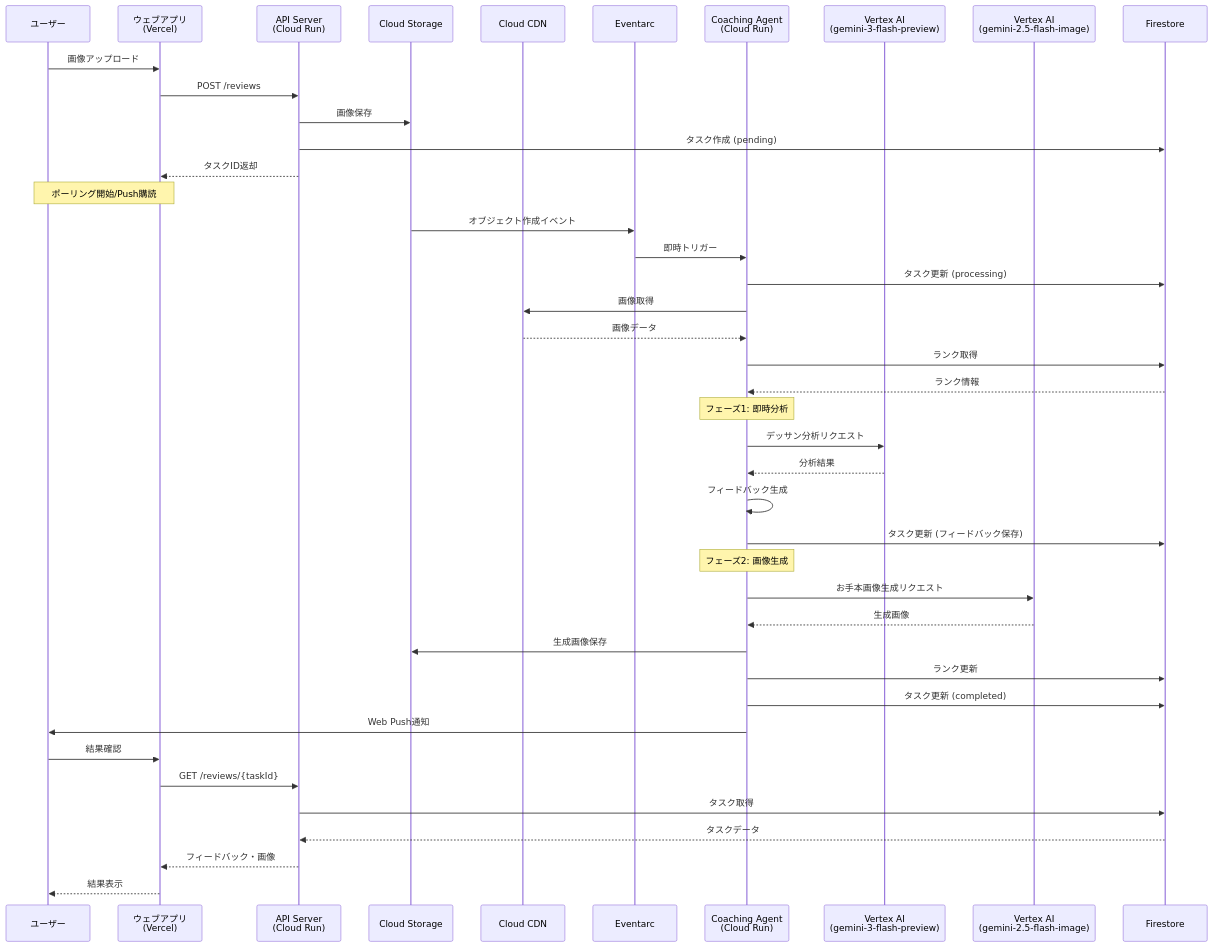
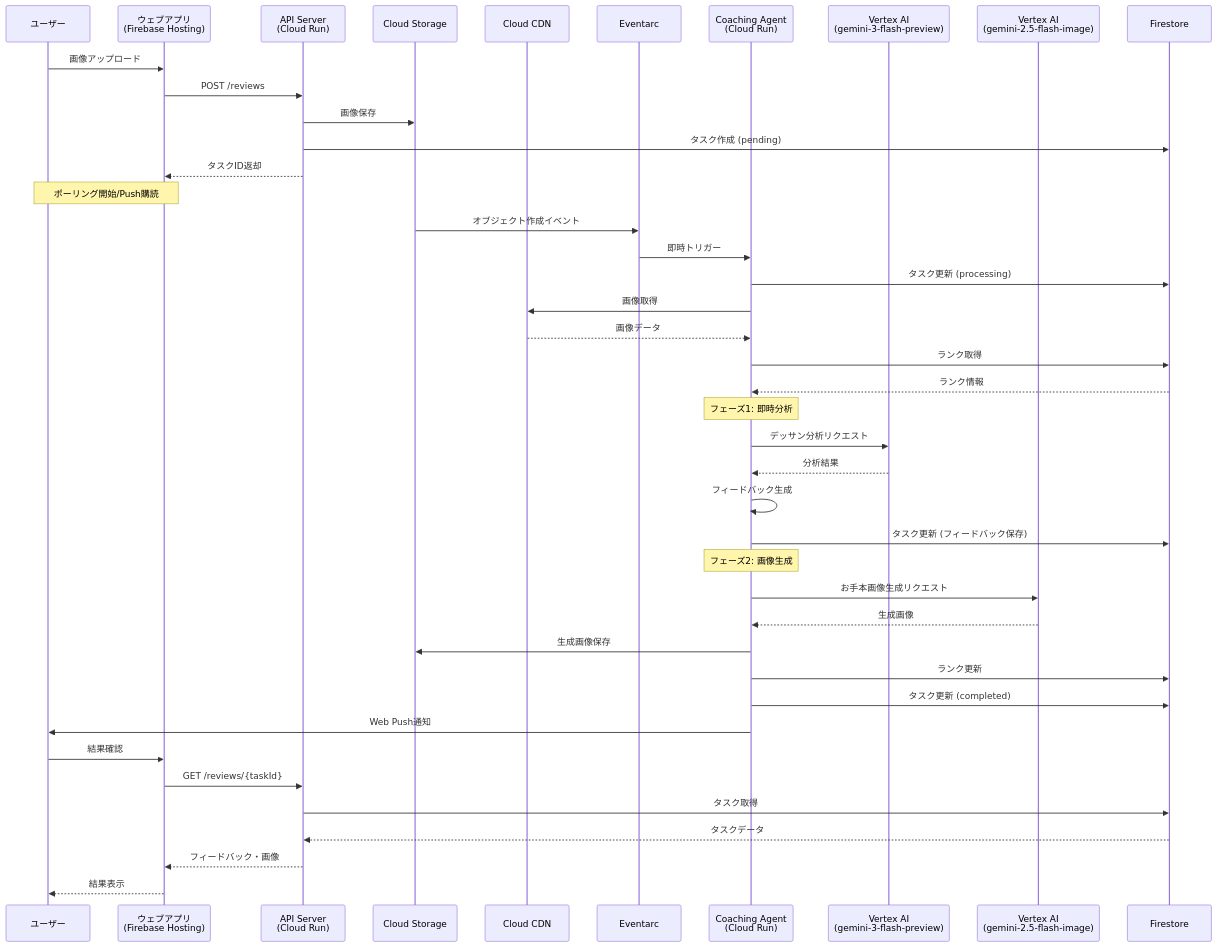
One commit to nuance-sudo/drawing-practice-agent-gch4 changed the second of 6 diagrams in docs/functional-design.md. Above: the diagram before and after it, drawn with Mermaid. The commit also changed other lines of this file and 6 other files, not shown here.

````diff
--- a/docs/functional-design.md
+++ b/docs/functional-design.md
@@ -79,50 +79,50 @@
 ```mermaid
 sequenceDiagram
     participant User as ユーザー
-    participant Web as ウェブアプリ<br/>(Vercel)
+    participant Web as ウェブアプリ<br/>(Firebase Hosting)
     participant API as API Server<br/>(Cloud Run)
     participant GCS as Cloud Storage
     participant CDN as Cloud CDN
     participant Eventarc as Eventarc
     participant Agent as Coaching Agent<br/>(Cloud Run)
     participant Gemini as Vertex AI<br/>(gemini-3-flash-preview)
     participant ImageGen as Vertex AI<br/>(gemini-2.5-flash-image)
     participant DB as Firestore
 
     User->>Web: 画像アップロード
     Web->>API: POST /reviews
     API->>GCS: 画像保存
     API->>DB: タスク作成 (pending)
     API-->>Web: タスクID返却
     
     Note over User,Web: ポーリング開始/Push購読
     
     GCS->>Eventarc: オブジェクト作成イベント
     Eventarc->>Agent: 即時トリガー
     Agent->>DB: タスク更新 (processing)
     Agent->>CDN: 画像取得
     CDN-->>Agent: 画像データ
     Agent->>DB: ランク取得
     DB-->>Agent: ランク情報
     
     Note over Agent: フェーズ1: 即時分析
     Agent->>Gemini: デッサン分析リクエスト
     Gemini-->>Agent: 分析結果
     Agent->>Agent: フィードバック生成
     Agent->>DB: タスク更新 (フィードバック保存)
     
     Note over Agent: フェーズ2: 画像生成
     Agent->>ImageGen: お手本画像生成リクエスト
     ImageGen-->>Agent: 生成画像
     Agent->>GCS: 生成画像保存
     Agent->>DB: ランク更新
     Agent->>DB: タスク更新 (completed)
     Agent->>User: Web Push通知
 
     User->>Web: 結果確認
     Web->>API: GET /reviews/{taskId}
     API->>DB: タスク取得
     DB-->>API: タスクデータ
     API-->>Web: フィードバック・画像
     Web-->>User: 結果表示
 ```
````
